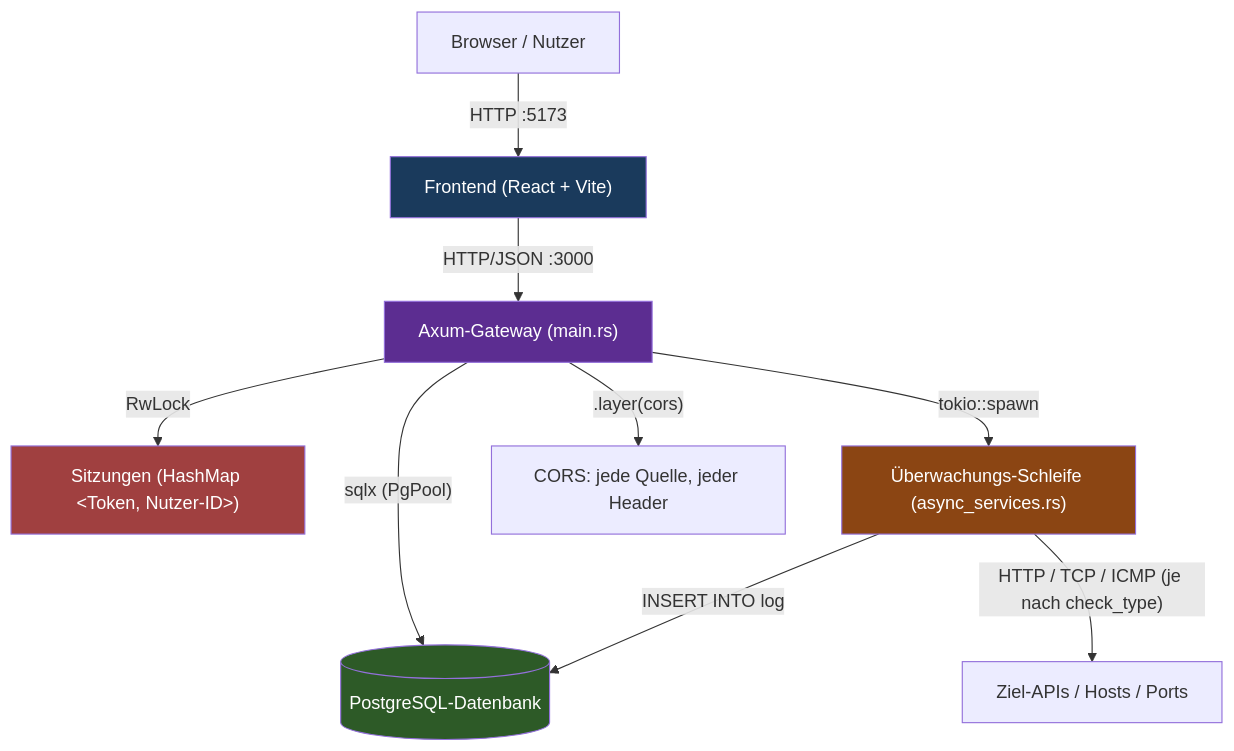
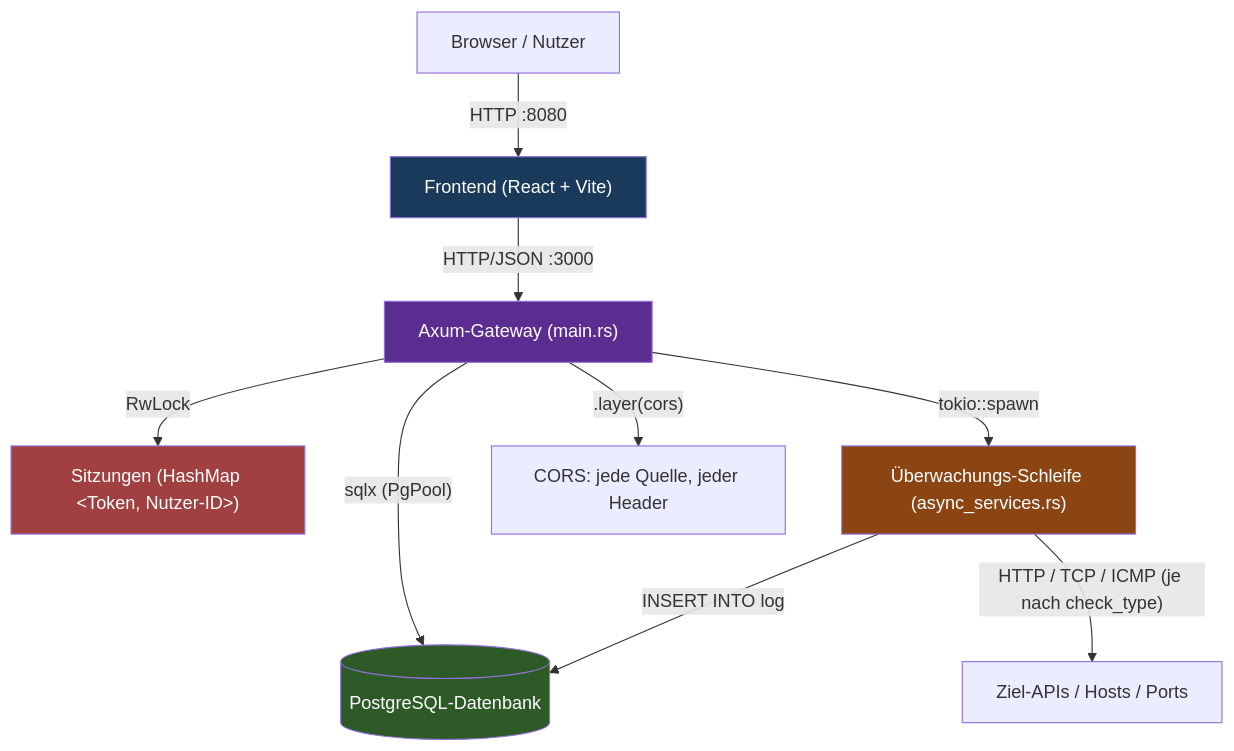
One commit to DevDaio/ACM_API-Connection-Monitor changed the first of 10 diagrams in explain-canvas.md. Above: the diagram before and after it, drawn with Mermaid. The commit also changed other lines of this file and 2 other files, not shown here.

````diff
--- a/explain-canvas.md
+++ b/explain-canvas.md
@@ -9,17 +9,17 @@
 ```mermaid
 graph TD
-    U["Browser / Nutzer"] -->|"HTTP :5173"| FE["Frontend (React + Vite)"]
+    U["Browser / Nutzer"] -->|"HTTP :8080"| FE["Frontend (React + Vite)"]
     FE -->|"HTTP/JSON :3000"| GW["Axum-Gateway (main.rs)"]
     GW -->|"sqlx (PgPool)"| DB[("PostgreSQL-Datenbank")]
     GW -->|"RwLock"| SESS["Sitzungen (HashMap &lt;Token, Nutzer-ID&gt;)"]
     GW -->|"tokio::spawn"| ML["Überwachungs-Schleife (async_services.rs)"]
     ML -->|"HTTP / TCP / ICMP (je nach check_type)"| TGT["Ziel-APIs / Hosts / Ports"]
     ML -->|"INSERT INTO log"| DB
     GW -->|".layer(cors)"| CORS["CORS: jede Quelle, jeder Header"]
 
     style FE fill:#1a3a5c,color:#fff
     style GW fill:#5c2d91,color:#fff
     style DB fill:#2d5a27,color:#fff
     style ML fill:#8b4513,color:#fff
     style SESS fill:#a04040,color:#fff
 ```
````
